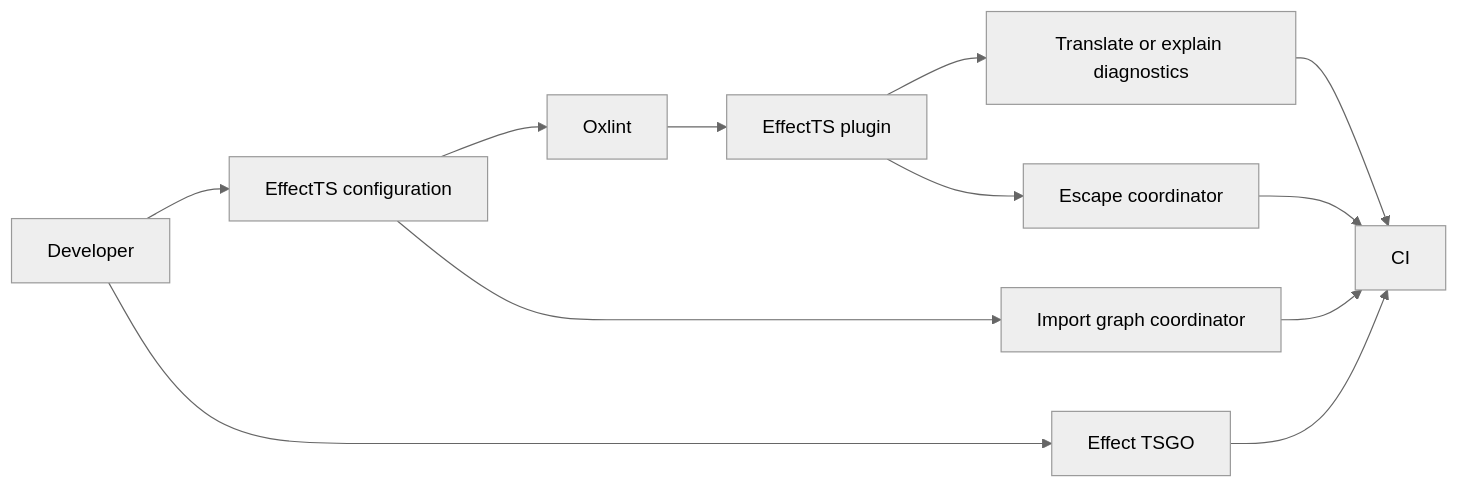
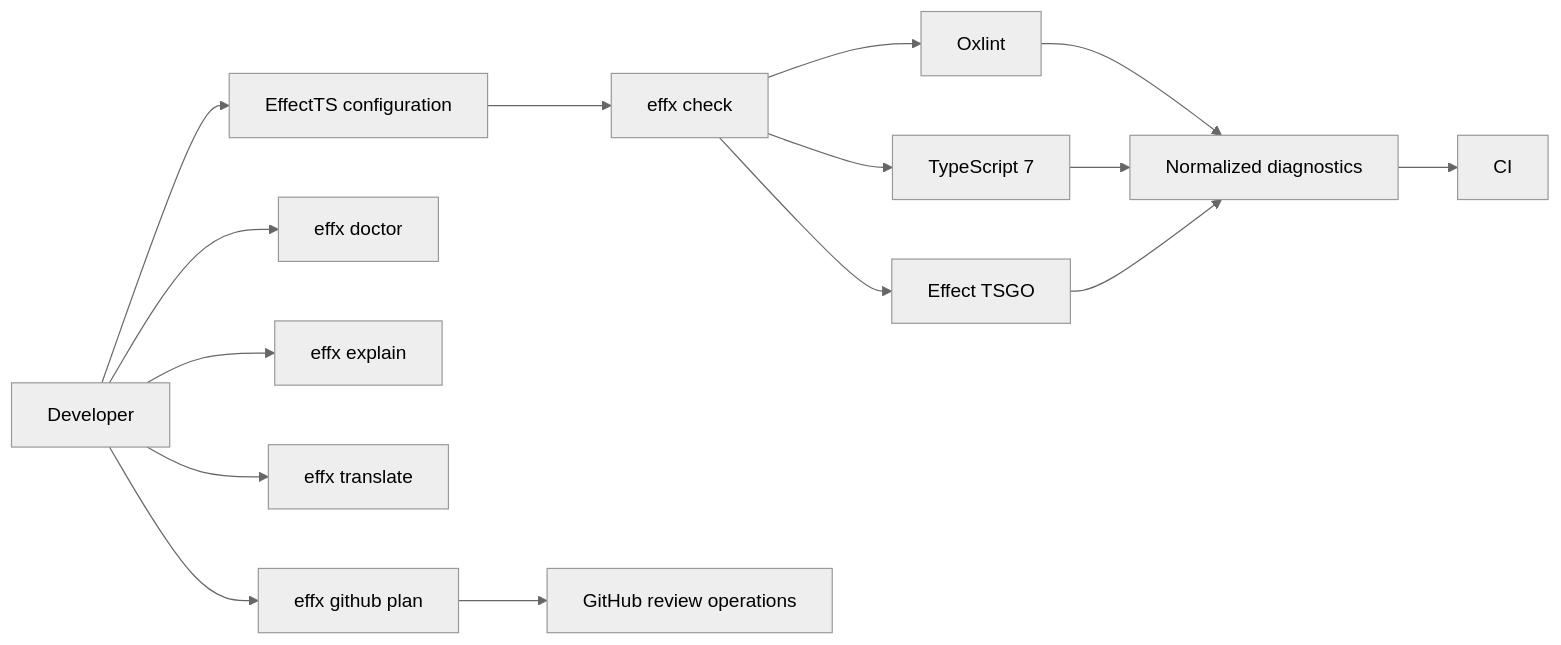
The diagram in docs/current-status.md (phibkro/oxlint-effect-plugin), drawn with Mermaid (neutral theme) before and after one commit. The commit also changed other lines of this file and 11 other files, not shown here.

````diff
--- a/docs/current-status.md
+++ b/docs/current-status.md
@@ -26,14 +26,17 @@
 ```mermaid
 flowchart LR
   Developer --> Config[EffectTS configuration]
-  Config --> Oxlint
-  Oxlint --> Plugin[EffectTS plugin]
-  Plugin --> Diagnostics[Translate or explain diagnostics]
-  Plugin --> Escape[Escape coordinator]
-  Config --> Graph[Import graph coordinator]
-  Developer --> TSGO[Effect TSGO]
+  Config --> Effx[effx check]
+  Effx --> Oxlint
+  Effx --> TypeScript[TypeScript 7]
+  Effx --> TSGO[Effect TSGO]
+  Oxlint --> Diagnostics[Normalized diagnostics]
+  TypeScript --> Diagnostics
+  TSGO --> Diagnostics
   Diagnostics --> CI
-  Escape --> CI
-  Graph --> CI
-  TSGO --> CI
+  Developer --> Doctor[effx doctor]
+  Developer --> Explain[effx explain]
+  Developer --> Translate[effx translate]
+  Developer --> GitHub[effx github plan]
+  GitHub --> Review[GitHub review operations]
 ```
````
